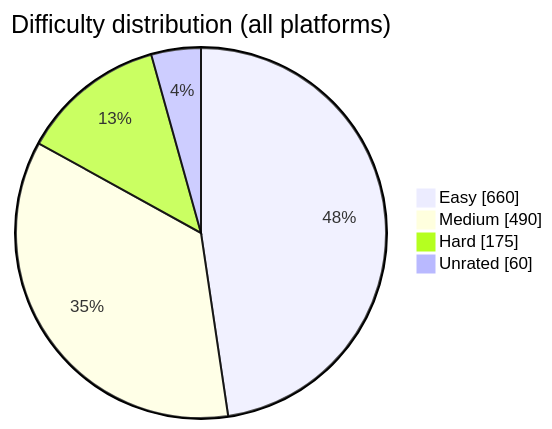
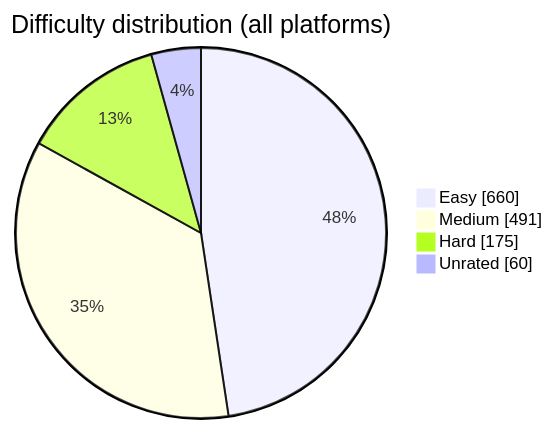
Before and after one commit to BuildbyArindam/Daily-Coding-Log: the diagram in README.md, drawn with Mermaid. The commit also changed other lines of this file, not shown here.

````diff
--- a/README.md
+++ b/README.md
@@ -93,7 +93,7 @@
 ```mermaid
 pie showData title Difficulty distribution (all platforms)
     "Easy" : 660
-    "Medium" : 490
+    "Medium" : 491
     "Hard" : 175
     "Unrated" : 60
 ```
````
